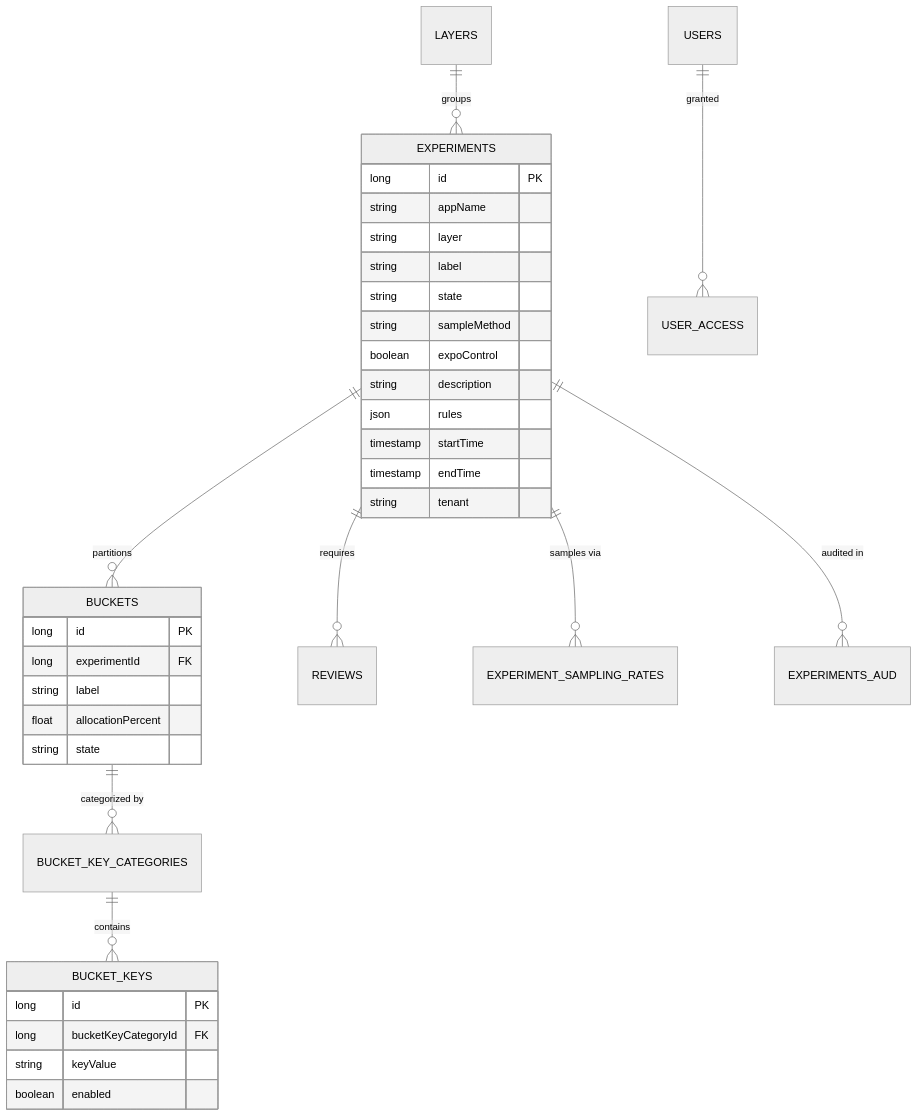
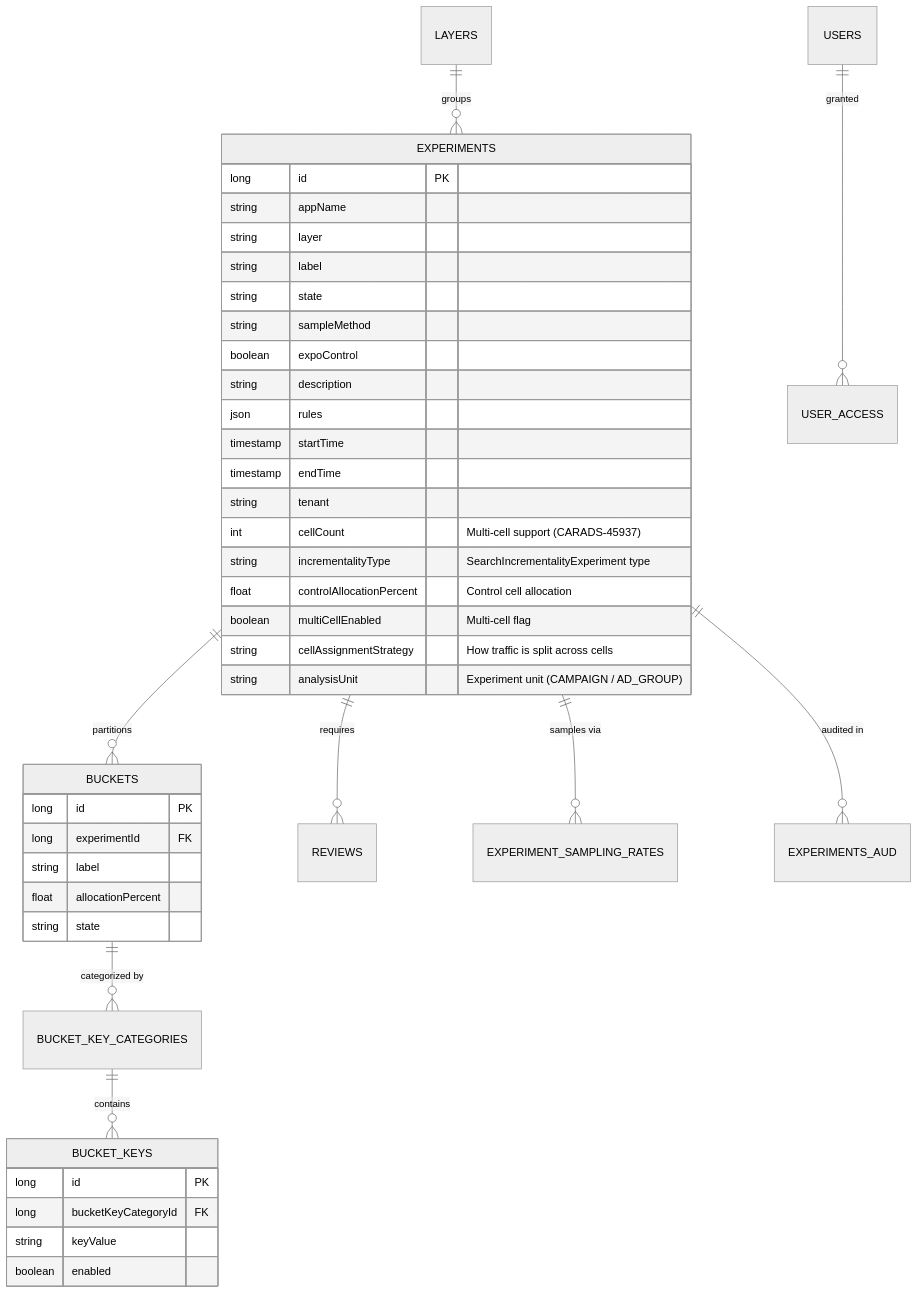
The second of 5 diagrams in docs/system_design/walmart/06-sp-ace.md (hg1112/learning-monorepo), drawn with Mermaid (neutral theme) before and after one commit. The commit also changed other lines of this file and 9 other files, not shown here.

````diff
--- a/docs/system_design/walmart/06-sp-ace.md
+++ b/docs/system_design/walmart/06-sp-ace.md
@@ -69,39 +69,45 @@
 ```mermaid
 erDiagram
   EXPERIMENTS ||--o{ BUCKETS : "partitions"
   BUCKETS ||--o{ BUCKET_KEY_CATEGORIES : "categorized by"
   BUCKET_KEY_CATEGORIES ||--o{ BUCKET_KEYS : "contains"
   EXPERIMENTS ||--o{ REVIEWS : "requires"
   EXPERIMENTS ||--o{ EXPERIMENT_SAMPLING_RATES : "samples via"
   LAYERS ||--o{ EXPERIMENTS : "groups"
   USERS ||--o{ USER_ACCESS : "granted"
   EXPERIMENTS ||--o{ EXPERIMENTS_AUD : "audited in"
 
   EXPERIMENTS {
     long id PK
     string appName
     string layer
     string label
     string state
     string sampleMethod
     boolean expoControl
     string description
     json rules
     timestamp startTime
     timestamp endTime
     string tenant
+    int cellCount "Multi-cell support (CARADS-45937)"
+    string incrementalityType "SearchIncrementalityExperiment type"
+    float controlAllocationPercent "Control cell allocation"
+    boolean multiCellEnabled "Multi-cell flag"
+    string cellAssignmentStrategy "How traffic is split across cells"
+    string analysisUnit "Experiment unit (CAMPAIGN / AD_GROUP)"
   }
   BUCKETS {
     long id PK
     long experimentId FK
     string label
     float allocationPercent
     string state
   }
   BUCKET_KEYS {
     long id PK
     long bucketKeyCategoryId FK
     string keyValue
     boolean enabled
   }
 ```
````
